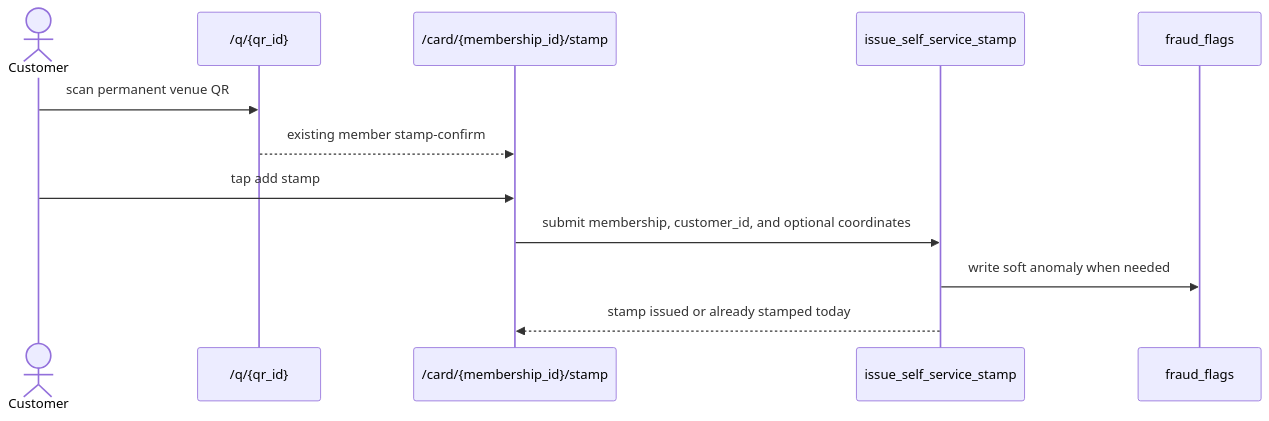
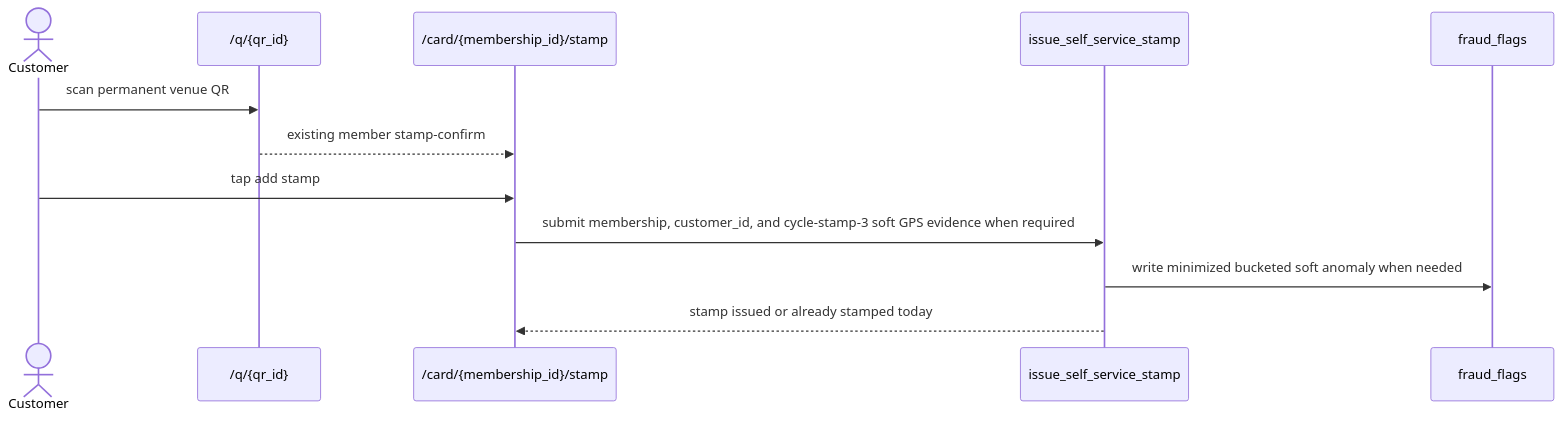
The fourth of 5 diagrams in docs/ARCHITECTURE.md (lapeninns/nabaperks), drawn with Mermaid before and after one commit. The commit also changed other lines of this file and 28 other files, not shown here.

Commit message:
Add cycle stamp soft geofence governance

````diff
--- a/docs/ARCHITECTURE.md
+++ b/docs/ARCHITECTURE.md
@@ -150,14 +152,14 @@
 ```mermaid
 sequenceDiagram
   actor Customer
   participant QR as /q/{qr_id}
   participant Stamp as /card/{membership_id}/stamp
   participant RPC as issue_self_service_stamp
   participant Flags as fraud_flags
   Customer->>QR: scan permanent venue QR
   QR-->>Stamp: existing member stamp-confirm
   Customer->>Stamp: tap add stamp
-  Stamp->>RPC: submit membership, customer_id, and optional coordinates
-  RPC->>Flags: write soft anomaly when needed
+  Stamp->>RPC: submit membership, customer_id, and cycle-stamp-3 soft GPS evidence when required
+  RPC->>Flags: write minimized bucketed soft anomaly when needed
   RPC-->>Stamp: stamp issued or already stamped today
 ```
````
